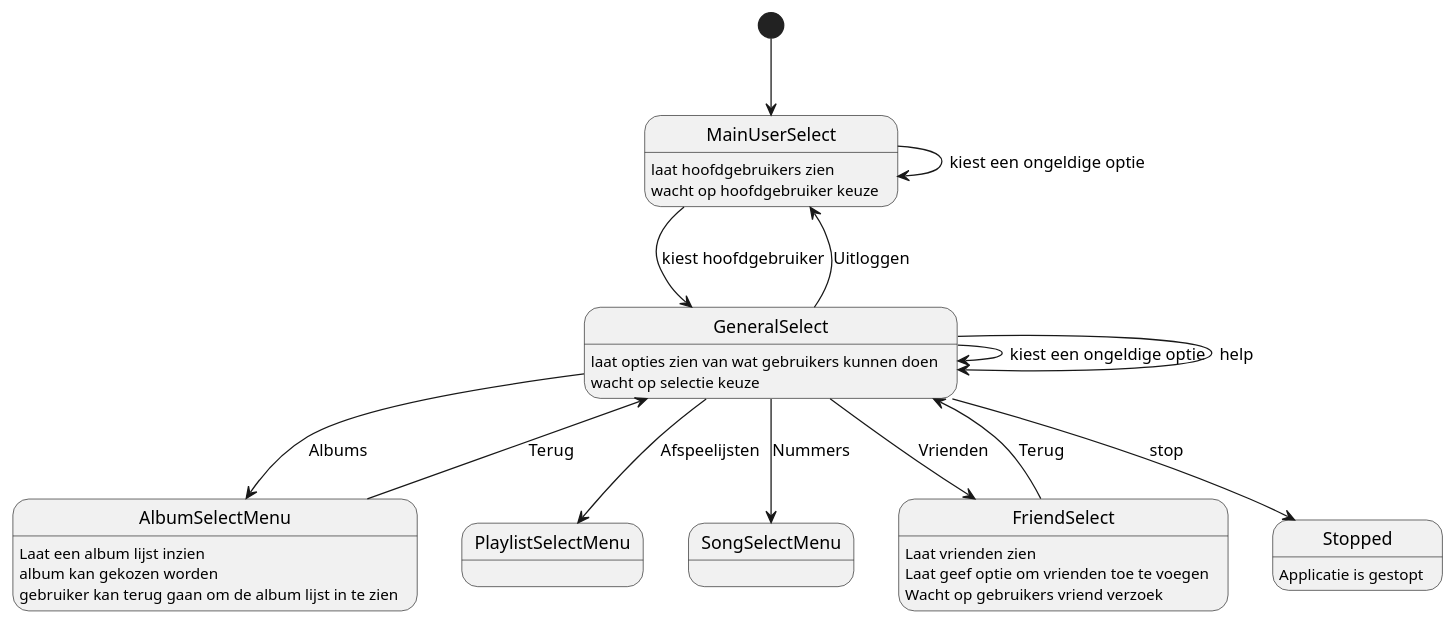
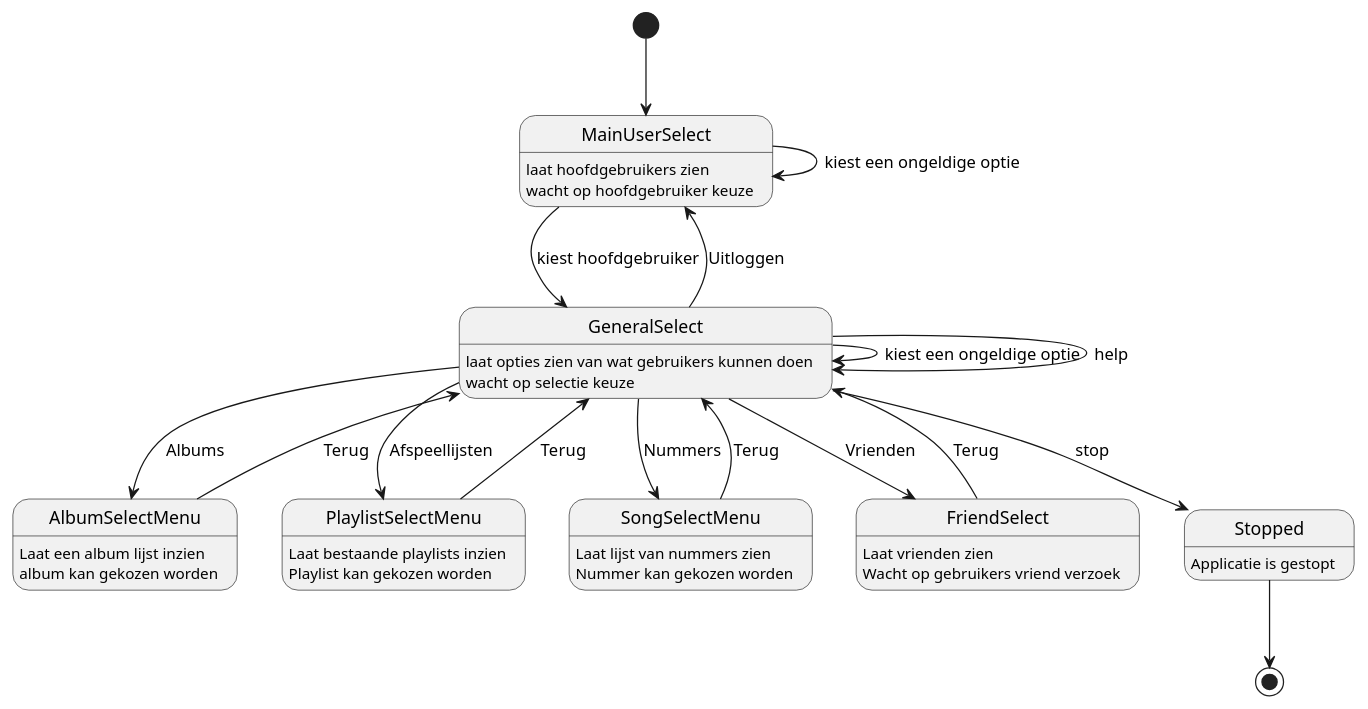
Before and after one commit to A-A-Tel/media-player: the diagram in flow-diagram.puml, drawn with PlantUML.

Commit message:
Code opgesplitst met spaties zodat het makkelijker te lezen is

```diff
--- a/flow-diagram.puml
+++ b/flow-diagram.puml
@@ -1,26 +1,34 @@
 @startuml
-[*] --> MainUserSelect
+
 state MainUserSelect : laat hoofdgebruikers zien
 state MainUserSelect : wacht op hoofdgebruiker keuze
+state GeneralSelect : laat opties zien van wat gebruikers kunnen doen
+state GeneralSelect : wacht op selectie keuze
+state AlbumSelectMenu : Laat een album lijst inzien
+state AlbumSelectMenu : album kan gekozen worden
+state PlaylistSelectMenu : Laat bestaande playlists inzien
+state PlaylistSelectMenu : Playlist kan gekozen worden
+state SongSelectMenu : Laat lijst van nummers zien
+state SongSelectMenu : Nummer kan gekozen worden
+state FriendSelect : Laat vrienden zien
+state FriendSelect : Wacht op gebruikers vriend verzoek
+state Stopped : Applicatie is gestopt
+
+[*] --> MainUserSelect
+Stopped --> [*]
+
 MainUserSelect --> MainUserSelect : kiest een ongeldige optie
 MainUserSelect --> GeneralSelect : kiest hoofdgebruiker
-state GeneralSelect : laat opties zien van wat gebruikers kunnen doen
-state GeneralSelect : wacht op selectie keuze
 GeneralSelect --> GeneralSelect : kiest een ongeldige optie
+GeneralSelect --> GeneralSelect : help
 GeneralSelect --> MainUserSelect : Uitloggen
-GeneralSelect --> GeneralSelect : help
 GeneralSelect --> AlbumSelectMenu : Albums
-GeneralSelect --> PlaylistSelectMenu : Afspeelijsten
+GeneralSelect --> PlaylistSelectMenu : Afspeellijsten
 GeneralSelect --> SongSelectMenu : Nummers
 GeneralSelect --> FriendSelect : Vrienden
+GeneralSelect --> Stopped : stop
+AlbumSelectMenu --> GeneralSelect : Terug
+PlaylistSelectMenu --> GeneralSelect : Terug
+SongSelectMenu --> GeneralSelect : Terug
 FriendSelect --> GeneralSelect : Terug
-state AlbumSelectMenu : Laat een album lijst inzien
-state AlbumSelectMenu : album kan gekozen worden
-state AlbumSelectMenu : gebruiker kan terug gaan om de album lijst in te zien
-AlbumSelectMenu --> GeneralSelect : Terug
-state FriendSelect : Laat vrienden zien
-state FriendSelect : Laat geef optie om vrienden toe te voegen
-state FriendSelect : Wacht op gebruikers vriend verzoek
-GeneralSelect --> Stopped : stop
-state Stopped : Applicatie is gestopt
 @enduml
```
